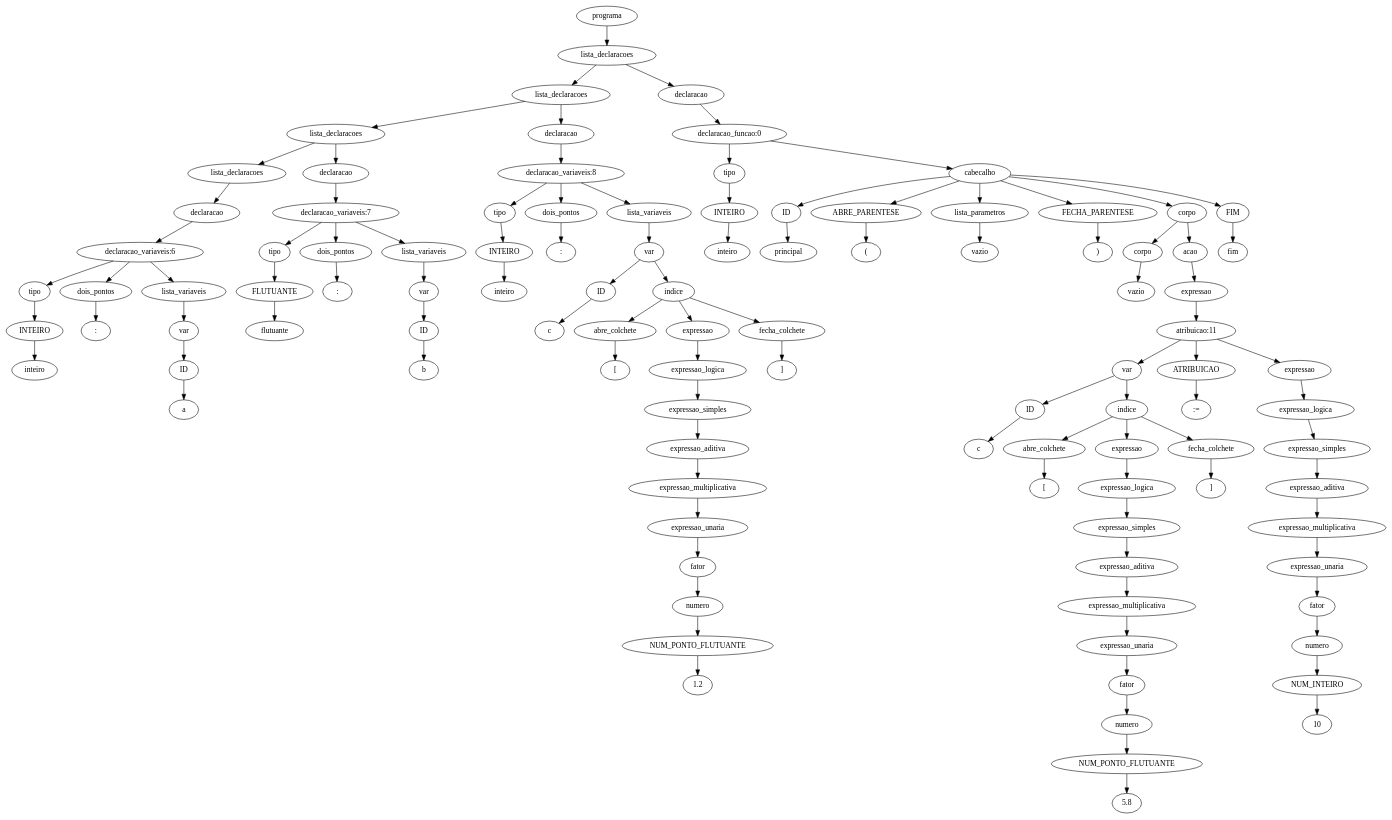
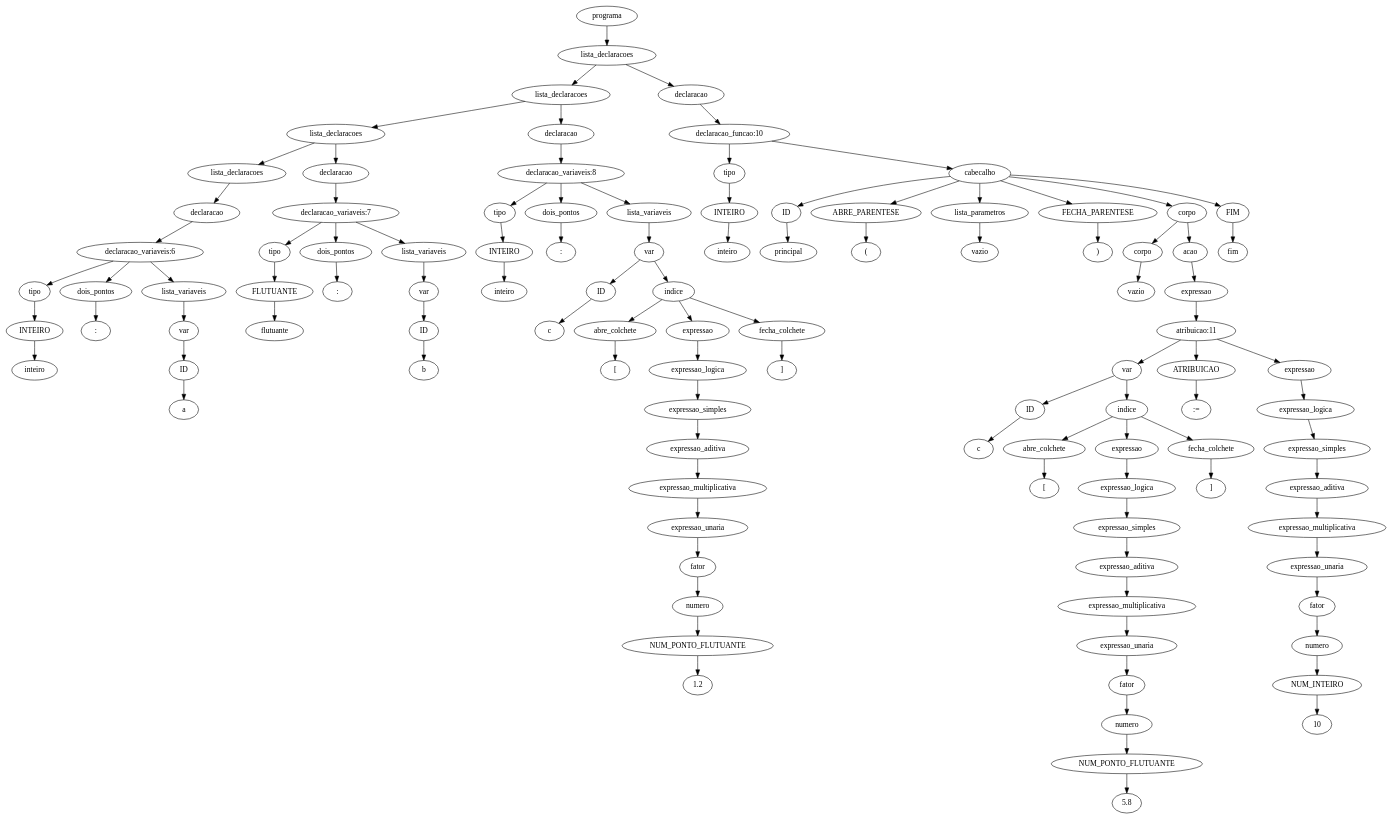
The diagram in 7.AnaliseSemantica/implementacao/semantica-testes/sema-002.tpp.unique.ast.dot (JuanFSR/Compiladores), drawn with Graphviz before and after one commit. The commit also changed 26 other files, not shown here.

```diff
--- a/7.AnaliseSemantica/implementacao/semantica-testes/sema-002.tpp.unique.ast.dot
+++ b/7.AnaliseSemantica/implementacao/semantica-testes/sema-002.tpp.unique.ast.dot
@@ -1,211 +1,211 @@
 digraph tree {
-    "0x7f62f56425e0" [label="programa"];
-    "0x7f62f5642f40" [label="lista_declaracoes"];
-    "0x7f62f5642df0" [label="lista_declaracoes"];
-    "0x7f62f5642700" [label="lista_declaracoes"];
-    "0x7f62f56424f0" [label="lista_declaracoes"];
-    "0x7f62f56179d0" [label="declaracao"];
-    "0x7f62f5642460" [label="declaracao_variaveis:6"];
-    "0x7f62f56423d0" [label="tipo"];
-    "0x7f62f5642430" [label="INTEIRO"];
-    "0x7f62f5642490" [label="inteiro"];
-    "0x7f62f5642550" [label="dois_pontos"];
-    "0x7f62f5642400" [label=":"];
-    "0x7f62f56424c0" [label="lista_variaveis"];
-    "0x7f62f7462940" [label="var"];
-    "0x7f62f7462c10" [label="ID"];
-    "0x7f62f56425b0" [label="a"];
-    "0x7f62f5642640" [label="declaracao"];
-    "0x7f62f56427c0" [label="declaracao_variaveis:7"];
-    "0x7f62f5642670" [label="tipo"];
-    "0x7f62f56426a0" [label="FLUTUANTE"];
-    "0x7f62f56426d0" [label="flutuante"];
-    "0x7f62f56428e0" [label="dois_pontos"];
-    "0x7f62f5642910" [label=":"];
-    "0x7f62f5642730" [label="lista_variaveis"];
-    "0x7f62f5642580" [label="var"];
-    "0x7f62f5642520" [label="ID"];
-    "0x7f62f5642820" [label="b"];
-    "0x7f62f5642940" [label="declaracao"];
-    "0x7f62f5642e20" [label="declaracao_variaveis:8"];
-    "0x7f62f7462b50" [label="tipo"];
-    "0x7f62f7462910" [label="INTEIRO"];
-    "0x7f62f5642970" [label="inteiro"];
-    "0x7f62f5642d00" [label="dois_pontos"];
-    "0x7f62f5642ac0" [label=":"];
-    "0x7f62f5642850" [label="lista_variaveis"];
-    "0x7f62f56429d0" [label="var"];
-    "0x7f62f5642a00" [label="ID"];
-    "0x7f62f5642c10" [label="c"];
-    "0x7f62f5642be0" [label="indice"];
-    "0x7f62f5642c70" [label="abre_colchete"];
-    "0x7f62f5642d60" [label="["];
-    "0x7f62f5642bb0" [label="expressao"];
-    "0x7f62f5642b80" [label="expressao_logica"];
-    "0x7f62f5642af0" [label="expressao_simples"];
-    "0x7f62f5642a60" [label="expressao_aditiva"];
-    "0x7f62f5642b50" [label="expressao_multiplicativa"];
-    "0x7f62f56429a0" [label="expressao_unaria"];
-    "0x7f62f5642a30" [label="fator"];
-    "0x7f62f56427f0" [label="numero"];
-    "0x7f62f5642790" [label="NUM_PONTO_FLUTUANTE"];
-    "0x7f62f5642b20" [label="1.2"];
-    "0x7f62f5642d90" [label="fecha_colchete"];
-    "0x7f62f5642dc0" [label="]"];
-    "0x7f62f5642e50" [label="declaracao"];
-    "0x7f62f5642880" [label="declaracao_funcao:0"];
-    "0x7f62f5642610" [label="tipo"];
-    "0x7f62f5642250" [label="INTEIRO"];
-    "0x7f62f5642e80" [label="inteiro"];
-    "0x7f62f55d10d0" [label="cabecalho"];
-    "0x7f62f55d15b0" [label="ID"];
-    "0x7f62f55d1460" [label="principal"];
-    "0x7f62f55d18b0" [label="ABRE_PARENTESE"];
-    "0x7f62f55d18e0" [label="("];
-    "0x7f62f5642fa0" [label="lista_parametros"];
-    "0x7f62f5642d30" [label="vazio"];
-    "0x7f62f55d1910" [label="FECHA_PARENTESE"];
-    "0x7f62f55d1940" [label=")"];
-    "0x7f62f55d1820" [label="corpo"];
-    "0x7f62f55d1100" [label="corpo"];
-    "0x7f62f5642eb0" [label="vazio"];
-    "0x7f62f55d1730" [label="acao"];
-    "0x7f62f55d1580" [label="expressao"];
-    "0x7f62f55d16d0" [label="atribuicao:11"];
-    "0x7f62f55d1160" [label="var"];
-    "0x7f62f55d1190" [label="ID"];
-    "0x7f62f55d13a0" [label="c"];
-    "0x7f62f55d1370" [label="indice"];
-    "0x7f62f55d1400" [label="abre_colchete"];
-    "0x7f62f55d14f0" [label="["];
-    "0x7f62f55d1340" [label="expressao"];
-    "0x7f62f55d1310" [label="expressao_logica"];
-    "0x7f62f55d1280" [label="expressao_simples"];
-    "0x7f62f55d11f0" [label="expressao_aditiva"];
-    "0x7f62f55d12e0" [label="expressao_multiplicativa"];
-    "0x7f62f55d1130" [label="expressao_unaria"];
-    "0x7f62f55d11c0" [label="fator"];
-    "0x7f62f5642fd0" [label="numero"];
-    "0x7f62f55d1070" [label="NUM_PONTO_FLUTUANTE"];
-    "0x7f62f55d12b0" [label="5.8"];
-    "0x7f62f55d1520" [label="fecha_colchete"];
-    "0x7f62f55d1550" [label="]"];
-    "0x7f62f55d1760" [label="ATRIBUICAO"];
-    "0x7f62f55d17f0" [label=":="];
-    "0x7f62f55d16a0" [label="expressao"];
-    "0x7f62f55d1670" [label="expressao_logica"];
-    "0x7f62f55d1610" [label="expressao_simples"];
-    "0x7f62f55d1250" [label="expressao_aditiva"];
-    "0x7f62f55d14c0" [label="expressao_multiplicativa"];
-    "0x7f62f55d1430" [label="expressao_unaria"];
-    "0x7f62f55d1220" [label="fator"];
-    "0x7f62f55d10a0" [label="numero"];
-    "0x7f62f55d1040" [label="NUM_INTEIRO"];
-    "0x7f62f55d13d0" [label="10"];
-    "0x7f62f55d1970" [label="FIM"];
-    "0x7f62f55d19a0" [label="fim"];
-    "0x7f62f56425e0" -> "0x7f62f5642f40";
-    "0x7f62f5642f40" -> "0x7f62f5642df0";
-    "0x7f62f5642f40" -> "0x7f62f5642e50";
-    "0x7f62f5642df0" -> "0x7f62f5642700";
-    "0x7f62f5642df0" -> "0x7f62f5642940";
-    "0x7f62f5642700" -> "0x7f62f56424f0";
-    "0x7f62f5642700" -> "0x7f62f5642640";
-    "0x7f62f56424f0" -> "0x7f62f56179d0";
-    "0x7f62f56179d0" -> "0x7f62f5642460";
-    "0x7f62f5642460" -> "0x7f62f56423d0";
-    "0x7f62f5642460" -> "0x7f62f5642550";
-    "0x7f62f5642460" -> "0x7f62f56424c0";
-    "0x7f62f56423d0" -> "0x7f62f5642430";
-    "0x7f62f5642430" -> "0x7f62f5642490";
-    "0x7f62f5642550" -> "0x7f62f5642400";
-    "0x7f62f56424c0" -> "0x7f62f7462940";
-    "0x7f62f7462940" -> "0x7f62f7462c10";
-    "0x7f62f7462c10" -> "0x7f62f56425b0";
-    "0x7f62f5642640" -> "0x7f62f56427c0";
-    "0x7f62f56427c0" -> "0x7f62f5642670";
-    "0x7f62f56427c0" -> "0x7f62f56428e0";
-    "0x7f62f56427c0" -> "0x7f62f5642730";
-    "0x7f62f5642670" -> "0x7f62f56426a0";
-    "0x7f62f56426a0" -> "0x7f62f56426d0";
-    "0x7f62f56428e0" -> "0x7f62f5642910";
-    "0x7f62f5642730" -> "0x7f62f5642580";
-    "0x7f62f5642580" -> "0x7f62f5642520";
-    "0x7f62f5642520" -> "0x7f62f5642820";
-    "0x7f62f5642940" -> "0x7f62f5642e20";
-    "0x7f62f5642e20" -> "0x7f62f7462b50";
-    "0x7f62f5642e20" -> "0x7f62f5642d00";
-    "0x7f62f5642e20" -> "0x7f62f5642850";
-    "0x7f62f7462b50" -> "0x7f62f7462910";
-    "0x7f62f7462910" -> "0x7f62f5642970";
-    "0x7f62f5642d00" -> "0x7f62f5642ac0";
-    "0x7f62f5642850" -> "0x7f62f56429d0";
-    "0x7f62f56429d0" -> "0x7f62f5642a00";
-    "0x7f62f56429d0" -> "0x7f62f5642be0";
-    "0x7f62f5642a00" -> "0x7f62f5642c10";
-    "0x7f62f5642be0" -> "0x7f62f5642c70";
-    "0x7f62f5642be0" -> "0x7f62f5642bb0";
-    "0x7f62f5642be0" -> "0x7f62f5642d90";
-    "0x7f62f5642c70" -> "0x7f62f5642d60";
-    "0x7f62f5642bb0" -> "0x7f62f5642b80";
-    "0x7f62f5642b80" -> "0x7f62f5642af0";
-    "0x7f62f5642af0" -> "0x7f62f5642a60";
-    "0x7f62f5642a60" -> "0x7f62f5642b50";
-    "0x7f62f5642b50" -> "0x7f62f56429a0";
-    "0x7f62f56429a0" -> "0x7f62f5642a30";
-    "0x7f62f5642a30" -> "0x7f62f56427f0";
-    "0x7f62f56427f0" -> "0x7f62f5642790";
-    "0x7f62f5642790" -> "0x7f62f5642b20";
-    "0x7f62f5642d90" -> "0x7f62f5642dc0";
-    "0x7f62f5642e50" -> "0x7f62f5642880";
-    "0x7f62f5642880" -> "0x7f62f5642610";
-    "0x7f62f5642880" -> "0x7f62f55d10d0";
-    "0x7f62f5642610" -> "0x7f62f5642250";
-    "0x7f62f5642250" -> "0x7f62f5642e80";
-    "0x7f62f55d10d0" -> "0x7f62f55d15b0";
-    "0x7f62f55d10d0" -> "0x7f62f55d18b0";
-    "0x7f62f55d10d0" -> "0x7f62f5642fa0";
-    "0x7f62f55d10d0" -> "0x7f62f55d1910";
-    "0x7f62f55d10d0" -> "0x7f62f55d1820";
-    "0x7f62f55d10d0" -> "0x7f62f55d1970";
-    "0x7f62f55d15b0" -> "0x7f62f55d1460";
-    "0x7f62f55d18b0" -> "0x7f62f55d18e0";
-    "0x7f62f5642fa0" -> "0x7f62f5642d30";
-    "0x7f62f55d1910" -> "0x7f62f55d1940";
-    "0x7f62f55d1820" -> "0x7f62f55d1100";
-    "0x7f62f55d1820" -> "0x7f62f55d1730";
-    "0x7f62f55d1100" -> "0x7f62f5642eb0";
-    "0x7f62f55d1730" -> "0x7f62f55d1580";
-    "0x7f62f55d1580" -> "0x7f62f55d16d0";
-    "0x7f62f55d16d0" -> "0x7f62f55d1160";
-    "0x7f62f55d16d0" -> "0x7f62f55d1760";
-    "0x7f62f55d16d0" -> "0x7f62f55d16a0";
-    "0x7f62f55d1160" -> "0x7f62f55d1190";
-    "0x7f62f55d1160" -> "0x7f62f55d1370";
-    "0x7f62f55d1190" -> "0x7f62f55d13a0";
-    "0x7f62f55d1370" -> "0x7f62f55d1400";
-    "0x7f62f55d1370" -> "0x7f62f55d1340";
-    "0x7f62f55d1370" -> "0x7f62f55d1520";
-    "0x7f62f55d1400" -> "0x7f62f55d14f0";
-    "0x7f62f55d1340" -> "0x7f62f55d1310";
-    "0x7f62f55d1310" -> "0x7f62f55d1280";
-    "0x7f62f55d1280" -> "0x7f62f55d11f0";
-    "0x7f62f55d11f0" -> "0x7f62f55d12e0";
-    "0x7f62f55d12e0" -> "0x7f62f55d1130";
-    "0x7f62f55d1130" -> "0x7f62f55d11c0";
-    "0x7f62f55d11c0" -> "0x7f62f5642fd0";
-    "0x7f62f5642fd0" -> "0x7f62f55d1070";
-    "0x7f62f55d1070" -> "0x7f62f55d12b0";
-    "0x7f62f55d1520" -> "0x7f62f55d1550";
-    "0x7f62f55d1760" -> "0x7f62f55d17f0";
-    "0x7f62f55d16a0" -> "0x7f62f55d1670";
-    "0x7f62f55d1670" -> "0x7f62f55d1610";
-    "0x7f62f55d1610" -> "0x7f62f55d1250";
-    "0x7f62f55d1250" -> "0x7f62f55d14c0";
-    "0x7f62f55d14c0" -> "0x7f62f55d1430";
-    "0x7f62f55d1430" -> "0x7f62f55d1220";
-    "0x7f62f55d1220" -> "0x7f62f55d10a0";
-    "0x7f62f55d10a0" -> "0x7f62f55d1040";
-    "0x7f62f55d1040" -> "0x7f62f55d13d0";
-    "0x7f62f55d1970" -> "0x7f62f55d19a0";
+    "0x7f422586e430" [label="programa"];
+    "0x7f422586ed90" [label="lista_declaracoes"];
+    "0x7f422586ec40" [label="lista_declaracoes"];
+    "0x7f422586e550" [label="lista_declaracoes"];
+    "0x7f422586e340" [label="lista_declaracoes"];
+    "0x7f4225846820" [label="declaracao"];
+    "0x7f422586e2b0" [label="declaracao_variaveis:6"];
+    "0x7f422586e220" [label="tipo"];
+    "0x7f422586e280" [label="INTEIRO"];
+    "0x7f422586e2e0" [label="inteiro"];
+    "0x7f422586e3a0" [label="dois_pontos"];
+    "0x7f422586e250" [label=":"];
+    "0x7f422586e310" [label="lista_variaveis"];
+    "0x7f42276937f0" [label="var"];
+    "0x7f4225a87250" [label="ID"];
+    "0x7f422586e400" [label="a"];
+    "0x7f422586e490" [label="declaracao"];
+    "0x7f422586e610" [label="declaracao_variaveis:7"];
+    "0x7f422586e4c0" [label="tipo"];
+    "0x7f422586e4f0" [label="FLUTUANTE"];
+    "0x7f422586e520" [label="flutuante"];
+    "0x7f422586e730" [label="dois_pontos"];
+    "0x7f422586e760" [label=":"];
+    "0x7f422586e580" [label="lista_variaveis"];
+    "0x7f422586e3d0" [label="var"];
+    "0x7f422586e370" [label="ID"];
+    "0x7f422586e670" [label="b"];
+    "0x7f422586e790" [label="declaracao"];
+    "0x7f422586ec70" [label="declaracao_variaveis:8"];
+    "0x7f4227693940" [label="tipo"];
+    "0x7f4227693790" [label="INTEIRO"];
+    "0x7f422586e7c0" [label="inteiro"];
+    "0x7f422586eb50" [label="dois_pontos"];
+    "0x7f422586e910" [label=":"];
+    "0x7f422586e6a0" [label="lista_variaveis"];
+    "0x7f422586e820" [label="var"];
+    "0x7f422586e850" [label="ID"];
+    "0x7f422586ea60" [label="c"];
+    "0x7f422586ea30" [label="indice"];
+    "0x7f422586eac0" [label="abre_colchete"];
+    "0x7f422586ebb0" [label="["];
+    "0x7f422586ea00" [label="expressao"];
+    "0x7f422586e9d0" [label="expressao_logica"];
+    "0x7f422586e940" [label="expressao_simples"];
+    "0x7f422586e8b0" [label="expressao_aditiva"];
+    "0x7f422586e9a0" [label="expressao_multiplicativa"];
+    "0x7f422586e7f0" [label="expressao_unaria"];
+    "0x7f422586e880" [label="fator"];
+    "0x7f422586e640" [label="numero"];
+    "0x7f422586e5e0" [label="NUM_PONTO_FLUTUANTE"];
+    "0x7f422586e970" [label="1.2"];
+    "0x7f422586ebe0" [label="fecha_colchete"];
+    "0x7f422586ec10" [label="]"];
+    "0x7f422586eca0" [label="declaracao"];
+    "0x7f422586ea90" [label="declaracao_funcao:10"];
+    "0x7f422586e460" [label="tipo"];
+    "0x7f422586e0a0" [label="INTEIRO"];
+    "0x7f422586ecd0" [label="inteiro"];
+    "0x7f422586eee0" [label="cabecalho"];
+    "0x7f42257fe400" [label="ID"];
+    "0x7f42257fe2b0" [label="principal"];
+    "0x7f42257fe700" [label="ABRE_PARENTESE"];
+    "0x7f42257fe730" [label="("];
+    "0x7f422586edf0" [label="lista_parametros"];
+    "0x7f422586eb80" [label="vazio"];
+    "0x7f42257fe760" [label="FECHA_PARENTESE"];
+    "0x7f42257fe790" [label=")"];
+    "0x7f42257fe670" [label="corpo"];
+    "0x7f422586ef10" [label="corpo"];
+    "0x7f422586ed00" [label="vazio"];
+    "0x7f42257fe580" [label="acao"];
+    "0x7f42257fe3d0" [label="expressao"];
+    "0x7f42257fe520" [label="atribuicao:11"];
+    "0x7f422586ef70" [label="var"];
+    "0x7f422586efa0" [label="ID"];
+    "0x7f42257fe1f0" [label="c"];
+    "0x7f42257fe1c0" [label="indice"];
+    "0x7f42257fe250" [label="abre_colchete"];
+    "0x7f42257fe340" [label="["];
+    "0x7f42257fe190" [label="expressao"];
+    "0x7f42257fe160" [label="expressao_logica"];
+    "0x7f42257fe0d0" [label="expressao_simples"];
+    "0x7f42257fe040" [label="expressao_aditiva"];
+    "0x7f42257fe130" [label="expressao_multiplicativa"];
+    "0x7f422586ef40" [label="expressao_unaria"];
+    "0x7f422586efd0" [label="fator"];
+    "0x7f422586ee20" [label="numero"];
+    "0x7f422586ee80" [label="NUM_PONTO_FLUTUANTE"];
+    "0x7f42257fe100" [label="5.8"];
+    "0x7f42257fe370" [label="fecha_colchete"];
+    "0x7f42257fe3a0" [label="]"];
+    "0x7f42257fe5b0" [label="ATRIBUICAO"];
+    "0x7f42257fe640" [label=":="];
+    "0x7f42257fe4f0" [label="expressao"];
+    "0x7f42257fe4c0" [label="expressao_logica"];
+    "0x7f42257fe460" [label="expressao_simples"];
+    "0x7f42257fe0a0" [label="expressao_aditiva"];
+    "0x7f42257fe310" [label="expressao_multiplicativa"];
+    "0x7f42257fe280" [label="expressao_unaria"];
+    "0x7f42257fe070" [label="fator"];
+    "0x7f422586eeb0" [label="numero"];
+    "0x7f422586ee50" [label="NUM_INTEIRO"];
+    "0x7f42257fe220" [label="10"];
+    "0x7f42257fe7c0" [label="FIM"];
+    "0x7f42257fe7f0" [label="fim"];
+    "0x7f422586e430" -> "0x7f422586ed90";
+    "0x7f422586ed90" -> "0x7f422586ec40";
+    "0x7f422586ed90" -> "0x7f422586eca0";
+    "0x7f422586ec40" -> "0x7f422586e550";
+    "0x7f422586ec40" -> "0x7f422586e790";
+    "0x7f422586e550" -> "0x7f422586e340";
+    "0x7f422586e550" -> "0x7f422586e490";
+    "0x7f422586e340" -> "0x7f4225846820";
+    "0x7f4225846820" -> "0x7f422586e2b0";
+    "0x7f422586e2b0" -> "0x7f422586e220";
+    "0x7f422586e2b0" -> "0x7f422586e3a0";
+    "0x7f422586e2b0" -> "0x7f422586e310";
+    "0x7f422586e220" -> "0x7f422586e280";
+    "0x7f422586e280" -> "0x7f422586e2e0";
+    "0x7f422586e3a0" -> "0x7f422586e250";
+    "0x7f422586e310" -> "0x7f42276937f0";
+    "0x7f42276937f0" -> "0x7f4225a87250";
+    "0x7f4225a87250" -> "0x7f422586e400";
+    "0x7f422586e490" -> "0x7f422586e610";
+    "0x7f422586e610" -> "0x7f422586e4c0";
+    "0x7f422586e610" -> "0x7f422586e730";
+    "0x7f422586e610" -> "0x7f422586e580";
+    "0x7f422586e4c0" -> "0x7f422586e4f0";
+    "0x7f422586e4f0" -> "0x7f422586e520";
+    "0x7f422586e730" -> "0x7f422586e760";
+    "0x7f422586e580" -> "0x7f422586e3d0";
+    "0x7f422586e3d0" -> "0x7f422586e370";
+    "0x7f422586e370" -> "0x7f422586e670";
+    "0x7f422586e790" -> "0x7f422586ec70";
+    "0x7f422586ec70" -> "0x7f4227693940";
+    "0x7f422586ec70" -> "0x7f422586eb50";
+    "0x7f422586ec70" -> "0x7f422586e6a0";
+    "0x7f4227693940" -> "0x7f4227693790";
+    "0x7f4227693790" -> "0x7f422586e7c0";
+    "0x7f422586eb50" -> "0x7f422586e910";
+    "0x7f422586e6a0" -> "0x7f422586e820";
+    "0x7f422586e820" -> "0x7f422586e850";
+    "0x7f422586e820" -> "0x7f422586ea30";
+    "0x7f422586e850" -> "0x7f422586ea60";
+    "0x7f422586ea30" -> "0x7f422586eac0";
+    "0x7f422586ea30" -> "0x7f422586ea00";
+    "0x7f422586ea30" -> "0x7f422586ebe0";
+    "0x7f422586eac0" -> "0x7f422586ebb0";
+    "0x7f422586ea00" -> "0x7f422586e9d0";
+    "0x7f422586e9d0" -> "0x7f422586e940";
+    "0x7f422586e940" -> "0x7f422586e8b0";
+    "0x7f422586e8b0" -> "0x7f422586e9a0";
+    "0x7f422586e9a0" -> "0x7f422586e7f0";
+    "0x7f422586e7f0" -> "0x7f422586e880";
+    "0x7f422586e880" -> "0x7f422586e640";
+    "0x7f422586e640" -> "0x7f422586e5e0";
+    "0x7f422586e5e0" -> "0x7f422586e970";
+    "0x7f422586ebe0" -> "0x7f422586ec10";
+    "0x7f422586eca0" -> "0x7f422586ea90";
+    "0x7f422586ea90" -> "0x7f422586e460";
+    "0x7f422586ea90" -> "0x7f422586eee0";
+    "0x7f422586e460" -> "0x7f422586e0a0";
+    "0x7f422586e0a0" -> "0x7f422586ecd0";
+    "0x7f422586eee0" -> "0x7f42257fe400";
+    "0x7f422586eee0" -> "0x7f42257fe700";
+    "0x7f422586eee0" -> "0x7f422586edf0";
+    "0x7f422586eee0" -> "0x7f42257fe760";
+    "0x7f422586eee0" -> "0x7f42257fe670";
+    "0x7f422586eee0" -> "0x7f42257fe7c0";
+    "0x7f42257fe400" -> "0x7f42257fe2b0";
+    "0x7f42257fe700" -> "0x7f42257fe730";
+    "0x7f422586edf0" -> "0x7f422586eb80";
+    "0x7f42257fe760" -> "0x7f42257fe790";
+    "0x7f42257fe670" -> "0x7f422586ef10";
+    "0x7f42257fe670" -> "0x7f42257fe580";
+    "0x7f422586ef10" -> "0x7f422586ed00";
+    "0x7f42257fe580" -> "0x7f42257fe3d0";
+    "0x7f42257fe3d0" -> "0x7f42257fe520";
+    "0x7f42257fe520" -> "0x7f422586ef70";
+    "0x7f42257fe520" -> "0x7f42257fe5b0";
+    "0x7f42257fe520" -> "0x7f42257fe4f0";
+    "0x7f422586ef70" -> "0x7f422586efa0";
+    "0x7f422586ef70" -> "0x7f42257fe1c0";
+    "0x7f422586efa0" -> "0x7f42257fe1f0";
+    "0x7f42257fe1c0" -> "0x7f42257fe250";
+    "0x7f42257fe1c0" -> "0x7f42257fe190";
+    "0x7f42257fe1c0" -> "0x7f42257fe370";
+    "0x7f42257fe250" -> "0x7f42257fe340";
+    "0x7f42257fe190" -> "0x7f42257fe160";
+    "0x7f42257fe160" -> "0x7f42257fe0d0";
+    "0x7f42257fe0d0" -> "0x7f42257fe040";
+    "0x7f42257fe040" -> "0x7f42257fe130";
+    "0x7f42257fe130" -> "0x7f422586ef40";
+    "0x7f422586ef40" -> "0x7f422586efd0";
+    "0x7f422586efd0" -> "0x7f422586ee20";
+    "0x7f422586ee20" -> "0x7f422586ee80";
+    "0x7f422586ee80" -> "0x7f42257fe100";
+    "0x7f42257fe370" -> "0x7f42257fe3a0";
+    "0x7f42257fe5b0" -> "0x7f42257fe640";
+    "0x7f42257fe4f0" -> "0x7f42257fe4c0";
+    "0x7f42257fe4c0" -> "0x7f42257fe460";
+    "0x7f42257fe460" -> "0x7f42257fe0a0";
+    "0x7f42257fe0a0" -> "0x7f42257fe310";
+    "0x7f42257fe310" -> "0x7f42257fe280";
+    "0x7f42257fe280" -> "0x7f42257fe070";
+    "0x7f42257fe070" -> "0x7f422586eeb0";
+    "0x7f422586eeb0" -> "0x7f422586ee50";
+    "0x7f422586ee50" -> "0x7f42257fe220";
+    "0x7f42257fe7c0" -> "0x7f42257fe7f0";
 }
```
